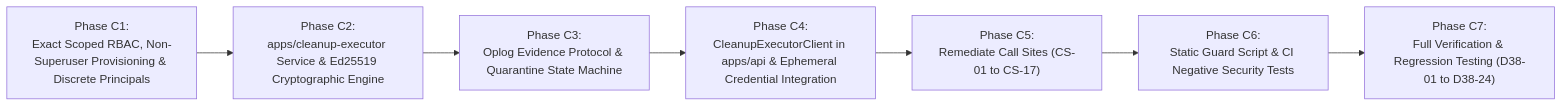
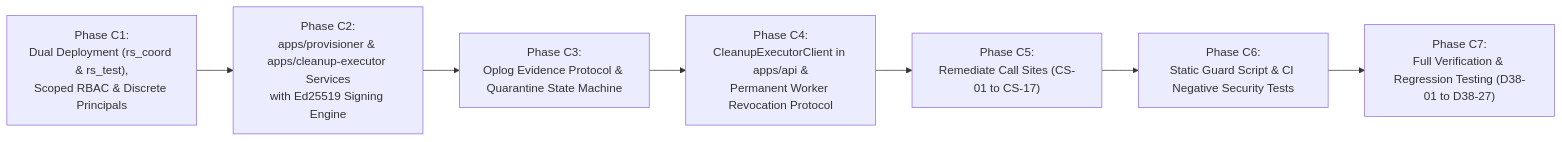
Before and after one commit to AmiTtiwari43/Decision-OS: the seventh of 7 diagrams in BATCH_4_V38_ARCHITECTURE_DECISION.md, drawn with Mermaid. The commit also changed other lines of this file, not shown here.

Commit message:
docs: separate destructive and provisioning privilege boundaries and harden revocation protocol

````diff
--- a/BATCH_4_V38_ARCHITECTURE_DECISION.md
+++ b/BATCH_4_V38_ARCHITECTURE_DECISION.md
@@ -1550,16 +1607,19 @@
 ```mermaid
 flowchart LR
     PhaseC1["Phase C1:
-Exact Scoped RBAC, Non-Superuser Provisioning & Discrete Principals"] --> PhaseC2["Phase C2:
-apps/cleanup-executor Service & Ed25519 Cryptographic Engine"]
+Dual Deployment (rs_coord & rs_test),
+Scoped RBAC & Discrete Principals"] --> PhaseC2["Phase C2:
+apps/provisioner & apps/cleanup-executor Services
+with Ed25519 Signing Engine"]
     PhaseC2 --> PhaseC3["Phase C3:
 Oplog Evidence Protocol & Quarantine State Machine"]
     PhaseC3 --> PhaseC4["Phase C4:
-CleanupExecutorClient in apps/api & Ephemeral Credential Integration"]
+CleanupExecutorClient in apps/api &
+Permanent Worker Revocation Protocol"]
     PhaseC4 --> PhaseC5["Phase C5:
 Remediate Call Sites (CS-01 to CS-17)"]
     PhaseC5 --> PhaseC6["Phase C6:
 Static Guard Script & CI Negative Security Tests"]
     PhaseC6 --> PhaseC7["Phase C7:
-Full Verification & Regression Testing (D38-01 to D38-24)"]
+Full Verification & Regression Testing (D38-01 to D38-27)"]
 ```
````
